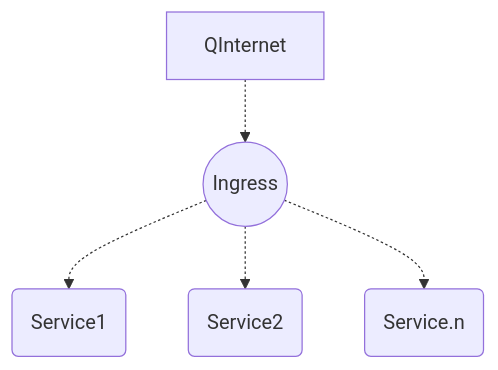
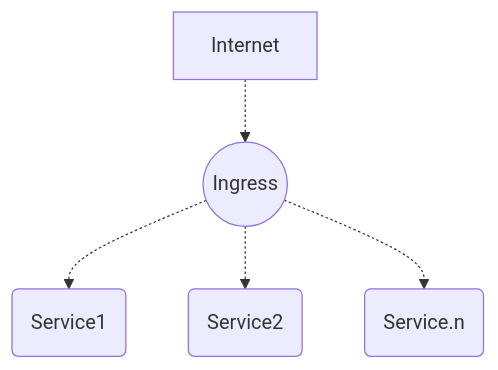
One commit to deemoprobe/kubernetes changed the diagram in K-Network/Kubernetes网络之Ingress.md. Above: the diagram before and after it, drawn with Mermaid. The commit also changed other lines of this file and 1 other file, not shown here.

````diff
--- a/K-Network/Kubernetes网络之Ingress.md
+++ b/K-Network/Kubernetes网络之Ingress.md
@@ -15,7 +15,7 @@
 ```mermaid
 graph TD
-    QInternet -.-> D((Ingress))
+    Internet -.-> D((Ingress))
     D((Ingress)) -.-> A(Service1)
     D((Ingress)) -.-> B(Service2)
     D((Ingress)) -.-> C(Service.n)
 ```
````
